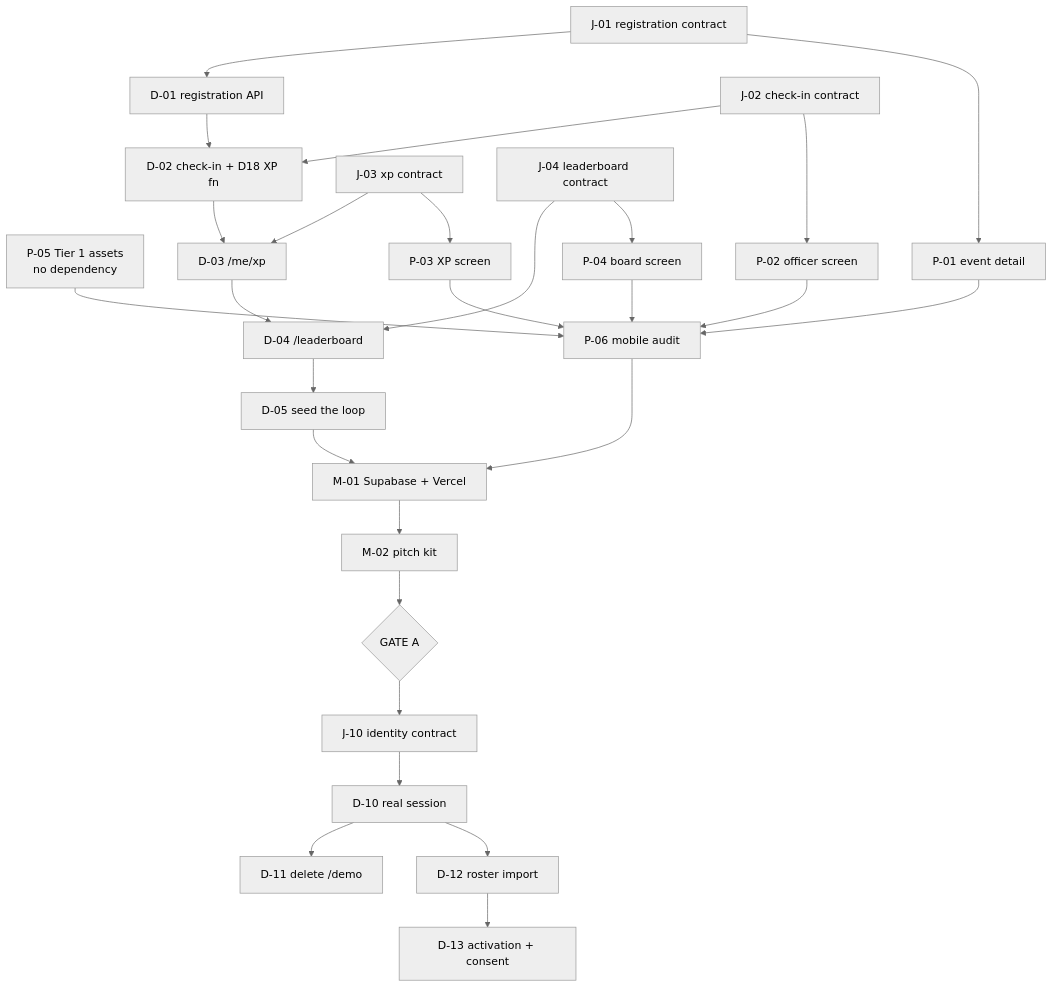
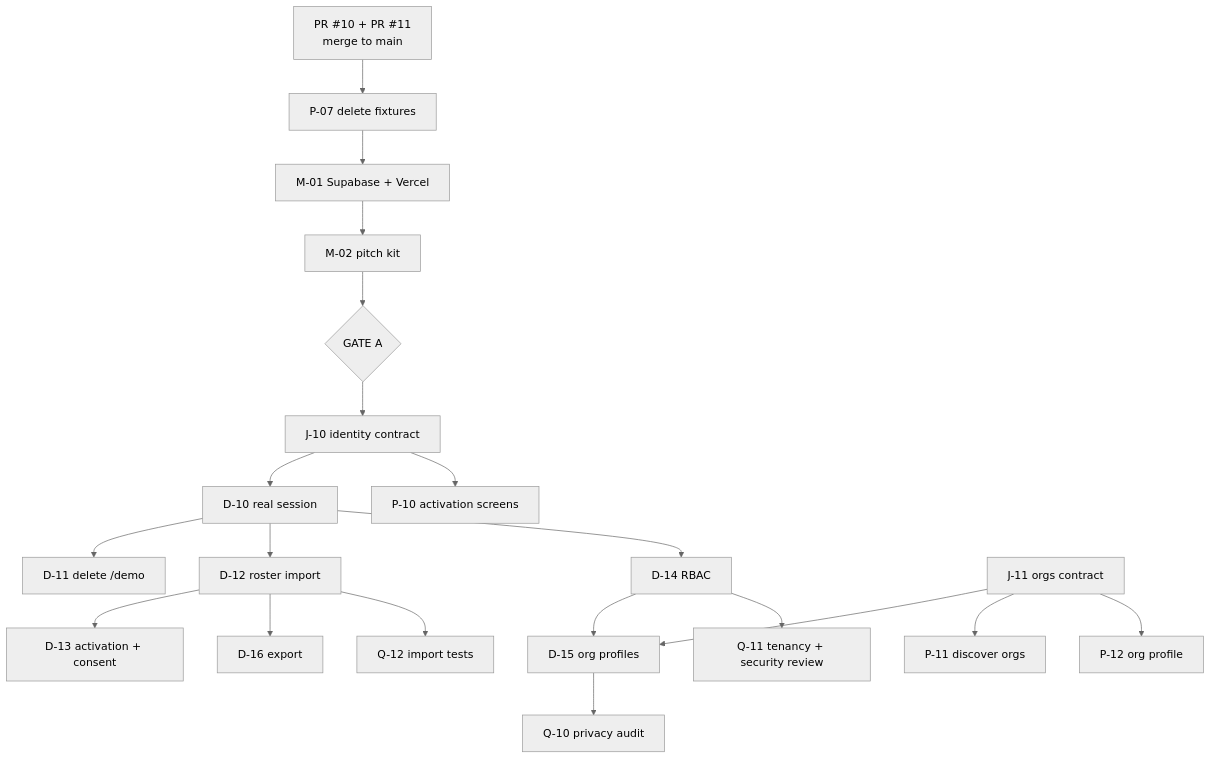
One commit to jash-aeio/Hiraya changed the second of 2 diagrams in docs/WORKSTREAMS.md. Above: the diagram before and after it, drawn with Mermaid (neutral theme). The commit also changed other lines of this file and 13 other files, not shown here.

````diff
--- a/docs/WORKSTREAMS.md
+++ b/docs/WORKSTREAMS.md
@@ -190,30 +231,22 @@
 ```mermaid
 flowchart TD
-  P05["P-05 Tier 1 assets<br/>no dependency"]
-  J01["J-01 registration contract"] --> D01["D-01 registration API"]
-  J01 --> P01["P-01 event detail"]
-  J02["J-02 check-in contract"] --> D02["D-02 check-in + D18 XP fn"]
-  J02 --> P02["P-02 officer screen"]
-  D01 --> D02
-  J03["J-03 xp contract"] --> D03["D-03 /me/xp"]
-  J03 --> P03["P-03 XP screen"]
-  D02 --> D03
-  J04["J-04 leaderboard contract"] --> D04["D-04 /leaderboard"]
-  J04 --> P04["P-04 board screen"]
-  D03 --> D04
-  D04 --> D05["D-05 seed the loop"]
-  P01 --> P06["P-06 mobile audit"]
-  P02 --> P06
-  P03 --> P06
-  P04 --> P06
-  P05 --> P06
-  D05 --> M01["M-01 Supabase + Vercel"]
-  P06 --> M01
+  PR["PR #10 + PR #11<br/>merge to main"] --> P07["P-07 delete fixtures"]
+  P07 --> M01["M-01 Supabase + Vercel"]
   M01 --> M02["M-02 pitch kit"]
   M02 --> GA{"GATE A"}
   GA --> J10["J-10 identity contract"]
   J10 --> D10["D-10 real session"]
   D10 --> D11["D-11 delete /demo"]
   D10 --> D12["D-12 roster import"]
+  D10 --> D14["D-14 RBAC"]
   D12 --> D13["D-13 activation + consent"]
+  D12 --> D16["D-16 export"]
+  D12 --> Q12["Q-12 import tests"]
+  J10 --> P10["P-10 activation screens"]
+  J11["J-11 orgs contract"] --> D15["D-15 org profiles"]
+  J11 --> P11["P-11 discover orgs"]
+  J11 --> P12["P-12 org profile"]
+  D14 --> D15
+  D15 --> Q10["Q-10 privacy audit"]
+  D14 --> Q11["Q-11 tenancy + security review"]
 ```
````
